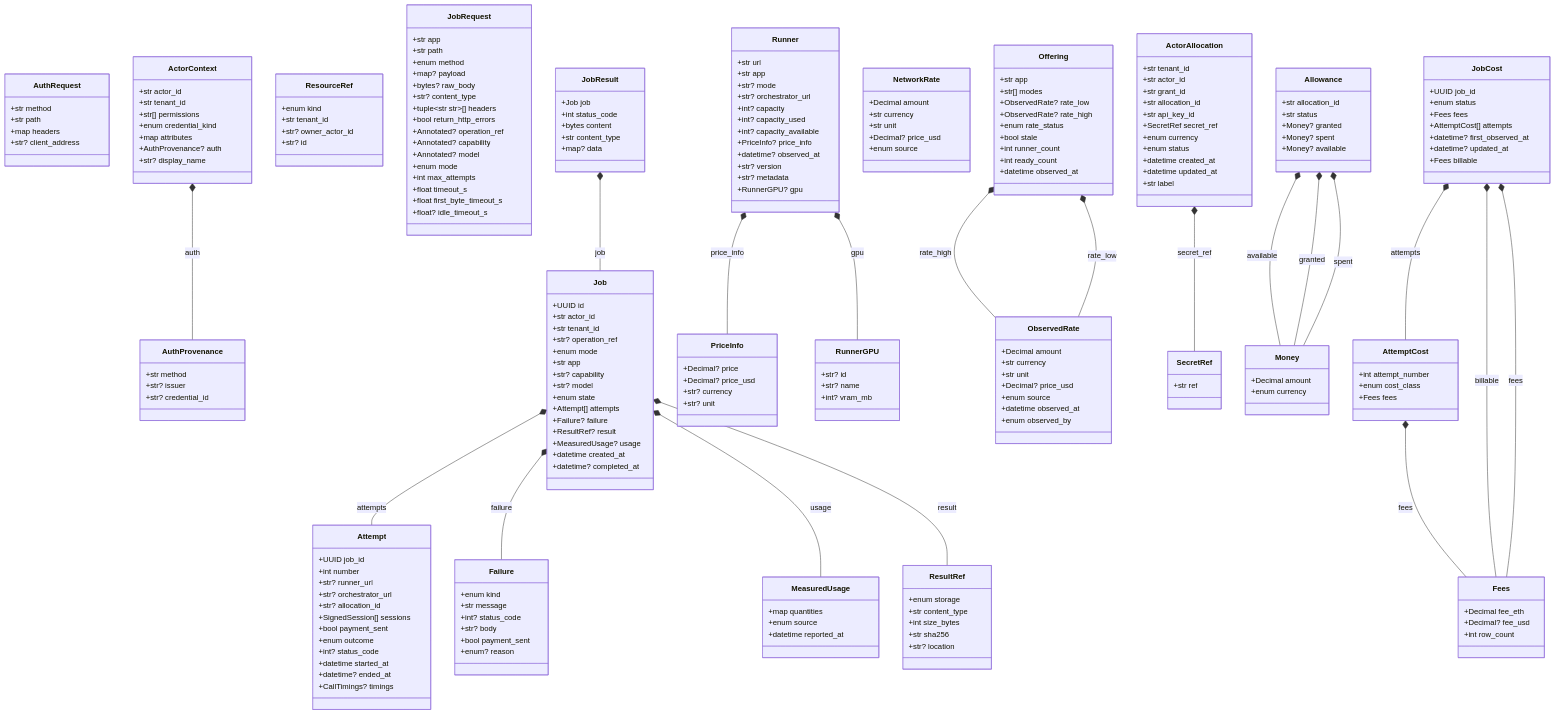
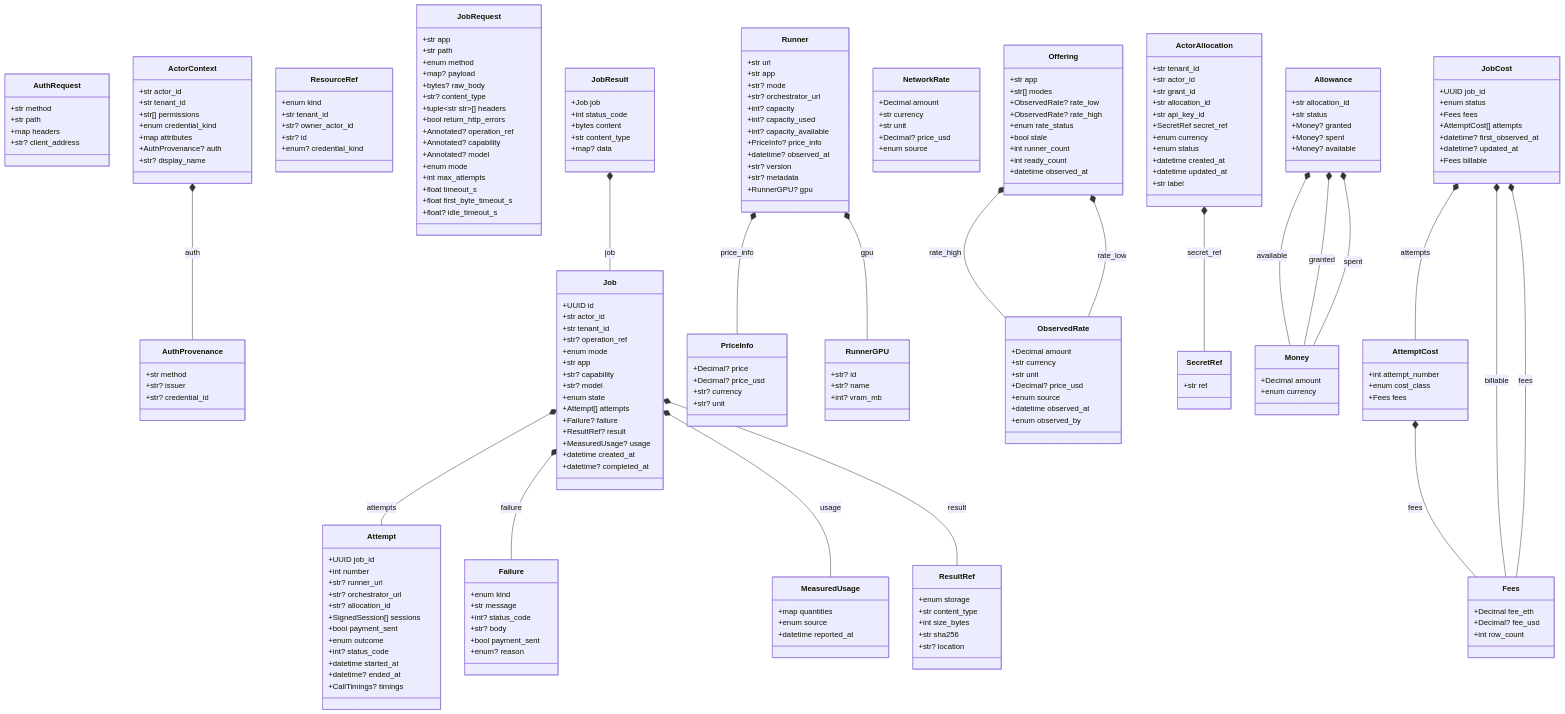
One commit to NE-Build-Track/livepeer-builder-core changed the diagram in docs/generated/contracts.md. Above: the diagram before and after it, drawn with Mermaid. The commit also changed 72 other files, not shown here.

```diff
--- a/docs/generated/contracts.md
+++ b/docs/generated/contracts.md
@@ -31,6 +31,7 @@
         +str tenant_id
         +str? owner_actor_id
         +str? id
+        +enum? credential_kind
     }
     class JobRequest {
         +str app
```
